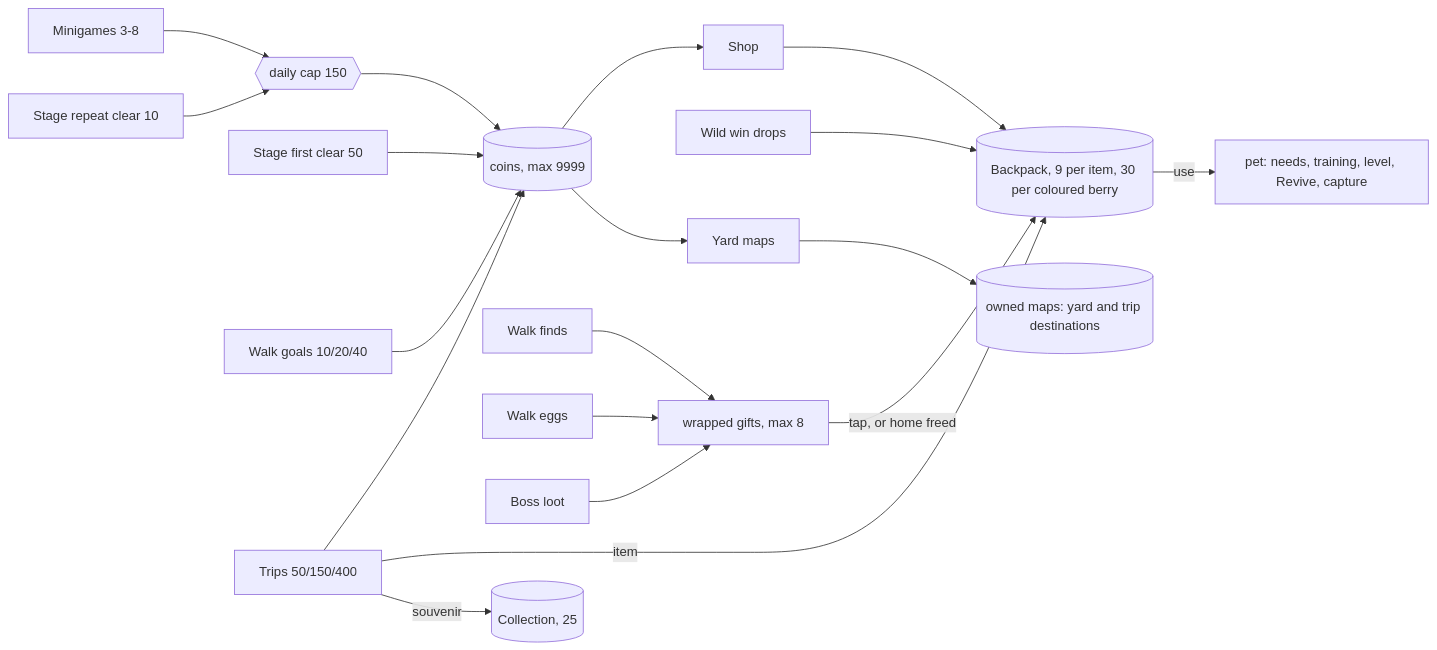
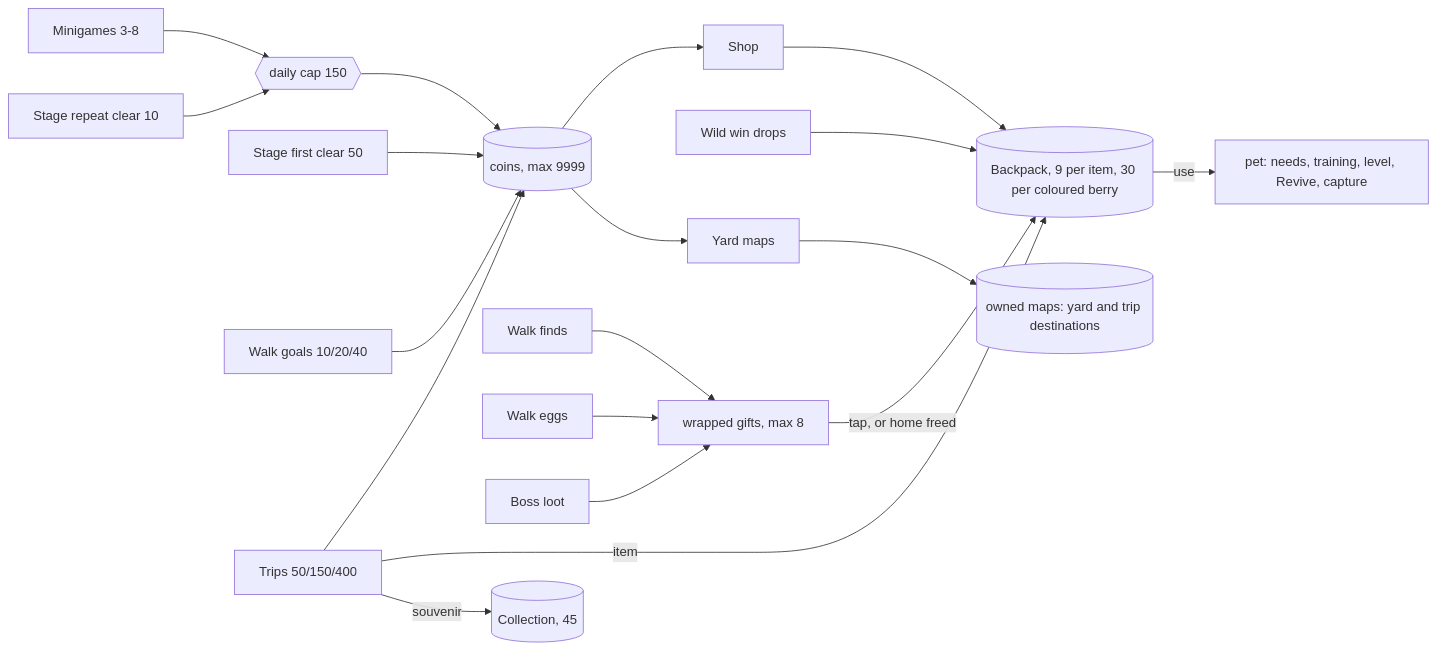
The ninth of 11 diagrams in docs/GAME_LOGIC.md (Ale-Cuevas/TamaPoke), drawn with Mermaid before and after one commit. The commit also changed other lines of this file and 22 other files, not shown here.

````diff
--- a/docs/GAME_LOGIC.md
+++ b/docs/GAME_LOGIC.md
@@ -916,19 +921,19 @@
 ```mermaid
 flowchart LR
   G["Minigames 3-8"] --> CAP{{"daily cap 150"}}
   SR["Stage repeat clear 10"] --> CAP
   CAP --> COINS[("coins, max 9999")]
   SB["Stage first clear 50"] --> COINS
   WG["Walk goals 10/20/40"] --> COINS
   TR["Trips 50/150/400"] --> COINS
   WF["Walk finds"] --> GIFT["wrapped gifts, max 8"]
   WE["Walk eggs"] --> GIFT
   BL["Boss loot"] --> GIFT
   GIFT -- "tap, or home freed" --> PACK[("Backpack, 9 per item, 30 per coloured berry")]
   WD["Wild win drops"] --> PACK
   TR -- "item" --> PACK
-  TR -- "souvenir" --> COL[("Collection, 25")]
+  TR -- "souvenir" --> COL[("Collection, 45")]
   COINS --> SHOP["Shop"] --> PACK
   COINS --> MAPS["Yard maps"] --> OWN[("owned maps: yard and trip destinations")]
   PACK -- "use" --> PET["pet: needs, training, level, Revive, capture"]
 ```
````
